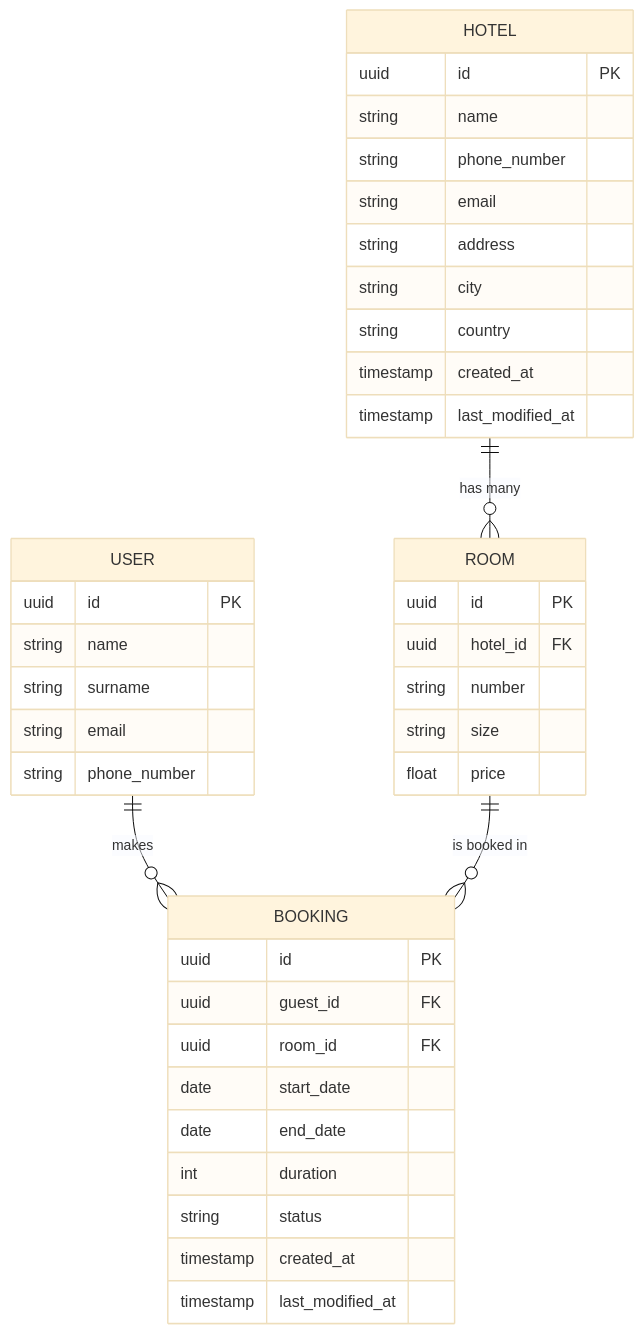
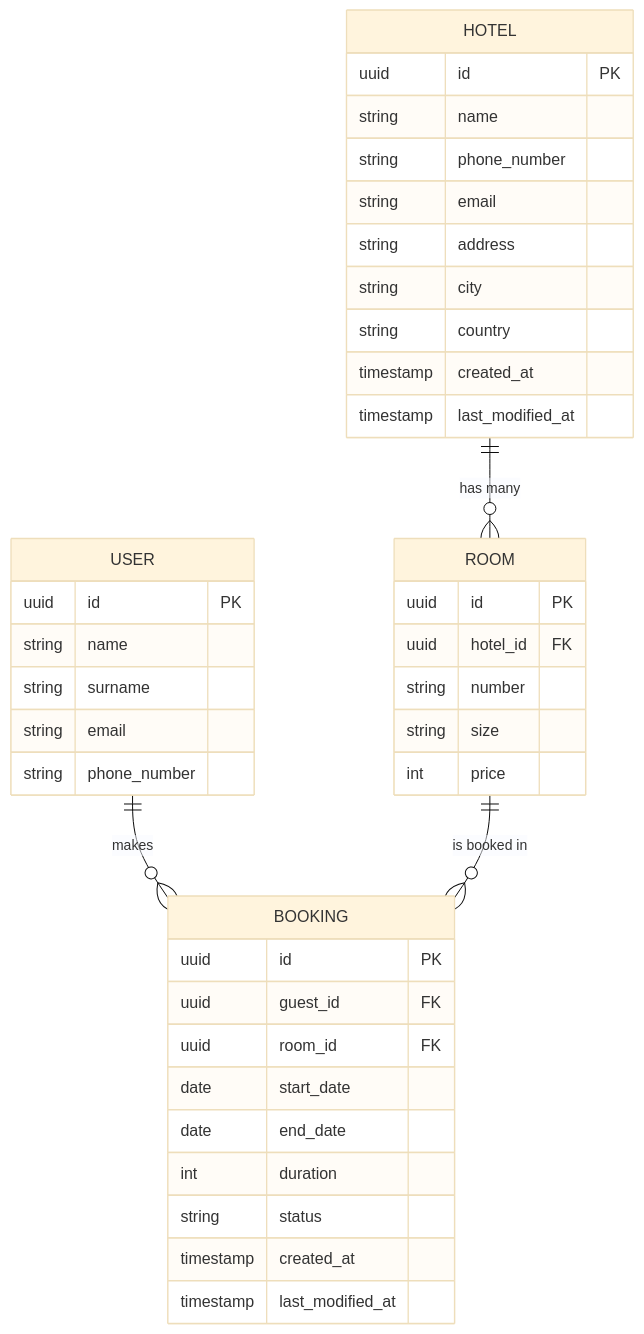
Before and after one commit to GabrieleRuggeri/TicketingSystem: the diagram in Database/schema.md, drawn with Mermaid (base theme). The commit also changed 4 other files, not shown here.

````diff
--- a/Database/schema.md
+++ b/Database/schema.md
@@ -5,46 +5,46 @@
 ```mermaid
 erDiagram
     HOTEL ||--o{ ROOM : "has many"
     USER ||--o{ BOOKING : "makes"
     ROOM ||--o{ BOOKING : "is booked in"
 
     HOTEL {
         uuid id PK
         string name
         string phone_number
         string email
         string address
         string city
         string country
         timestamp created_at
         timestamp last_modified_at
     }
 
     ROOM {
         uuid id PK
         uuid hotel_id FK
         string number
         string size
-        float price
+        int price
     }
 
     USER {
         uuid id PK
         string name
         string surname
         string email
         string phone_number
     }
 
     BOOKING {
         uuid id PK
         uuid guest_id FK
         uuid room_id FK
         date start_date
         date end_date
         int duration
         string status
         timestamp created_at
         timestamp last_modified_at
     }
 ```
````
